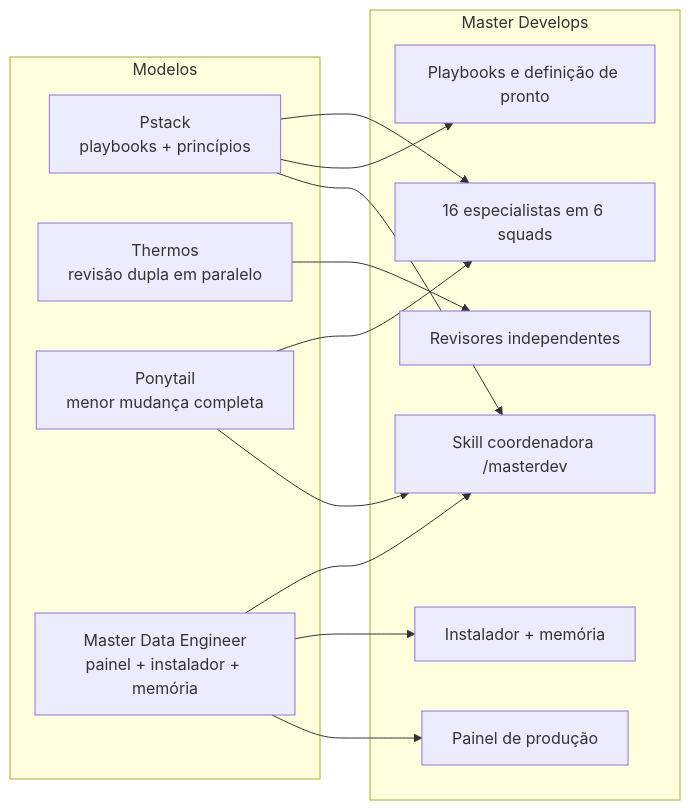
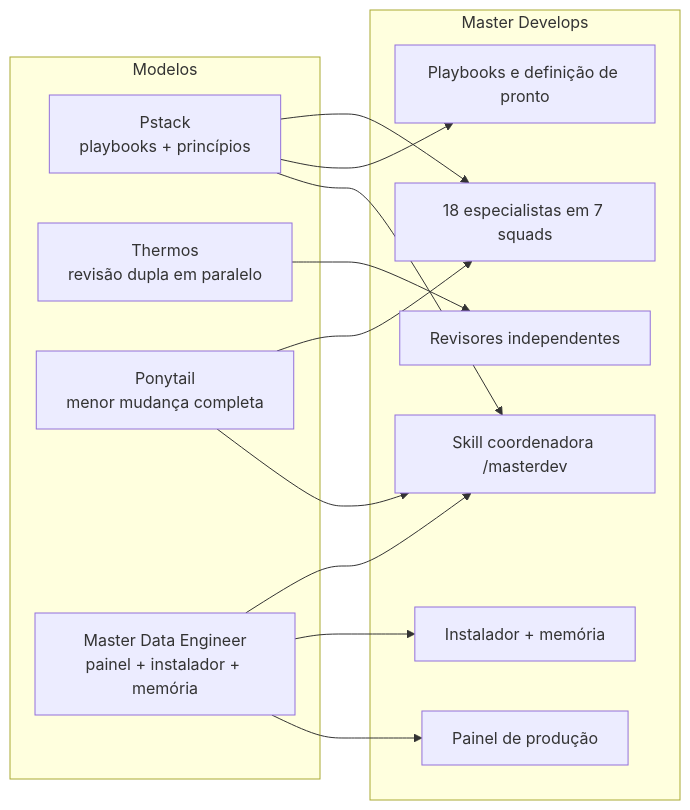
Before and after one commit to carlos-dataengineer/master-develops-software-app: the diagram in docs/mapeamento-dos-modelos.md, drawn with Mermaid. The commit also changed other lines of this file and 43 other files, not shown here.

````diff
--- a/docs/mapeamento-dos-modelos.md
+++ b/docs/mapeamento-dos-modelos.md
@@ -7,21 +7,21 @@
 ```mermaid
 flowchart LR
   subgraph Modelos
     P[Pstack<br/>playbooks + princípios]
     T[Thermos<br/>revisão dupla em paralelo]
     Y[Ponytail<br/>menor mudança completa]
     M[Master Data Engineer<br/>painel + instalador + memória]
   end
   subgraph MD[Master Develops]
     S[Skill coordenadora /masterdev]
     PB[Playbooks e definição de pronto]
-    A[16 especialistas em 6 squads]
+    A[18 especialistas em 7 squads]
     R[Revisores independentes]
     B[Painel de produção]
     I[Instalador + memória]
   end
   P --> S & PB & A
   T --> R
   Y --> S & A
   M --> B & I & S
 ```
````
